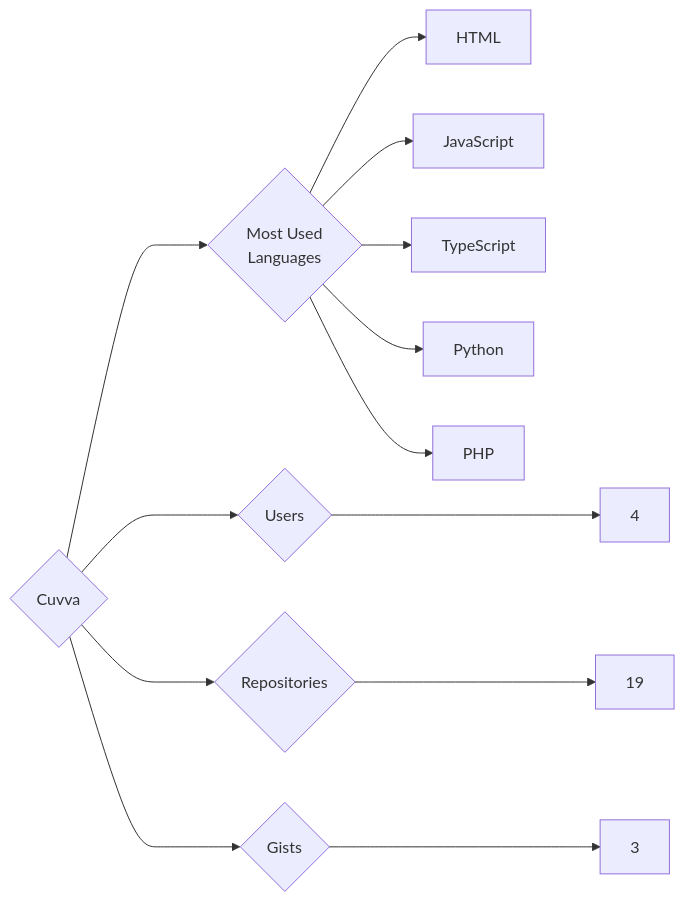
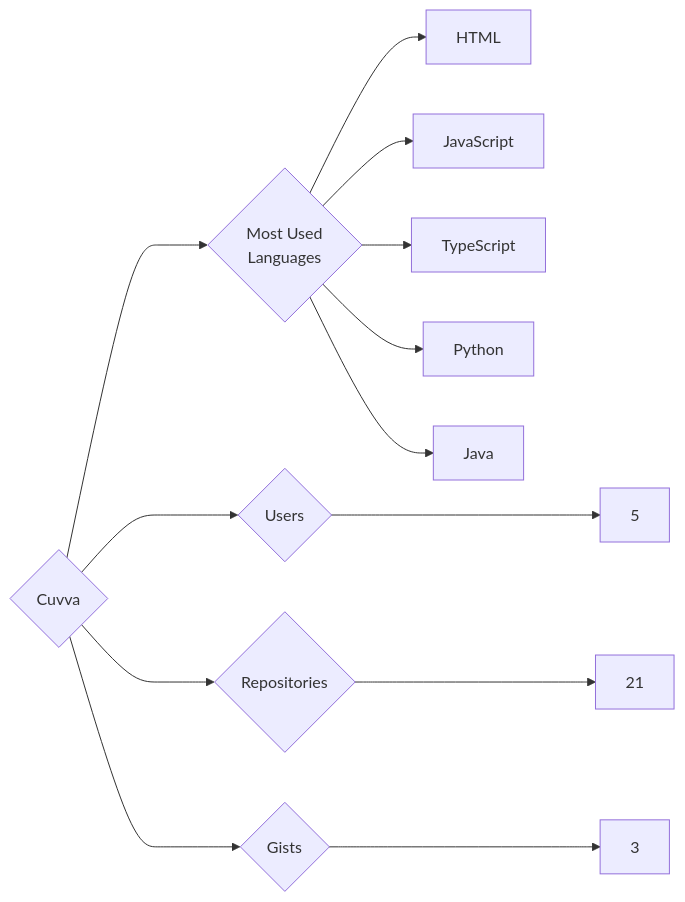
The diagram in targets/Cuvva/README.md (trickest/insiders), drawn with Mermaid before and after one commit. The commit also changed 618 other files, not shown here.

````diff
--- a/targets/Cuvva/README.md
+++ b/targets/Cuvva/README.md
@@ -3,13 +3,13 @@
 ```mermaid
 graph LR
 COMPANY_NAME{Cuvva}
-COMPANY_NAME ---> U{Users} ---> UN[4]
-COMPANY_NAME ---> R{Repositories} ---> RN[19]
+COMPANY_NAME ---> U{Users} ---> UN[5]
+COMPANY_NAME ---> R{Repositories} ---> RN[21]
 COMPANY_NAME ---> G{Gists} ---> GN[3]
 COMPANY_NAME ---> ML{Most Used<br>Languages}
 ML --> HTML[HTML]
 ML --> JavaScript[JavaScript]
 ML --> TypeScript[TypeScript]
 ML --> Python[Python]
-ML --> PHP[PHP]
+ML --> Java[Java]
 ```
````
